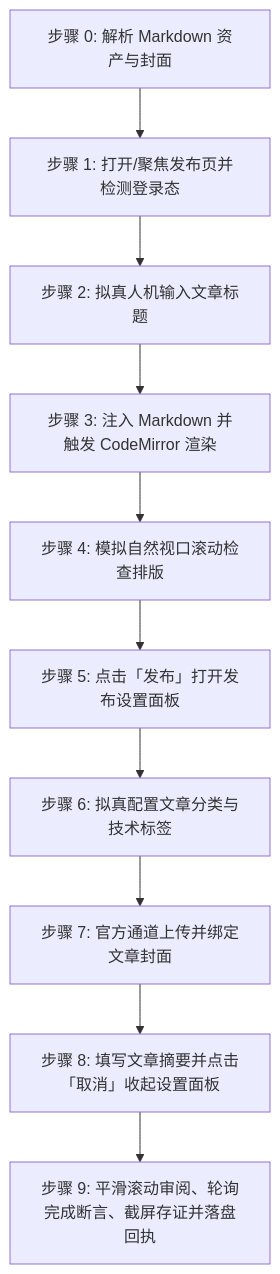
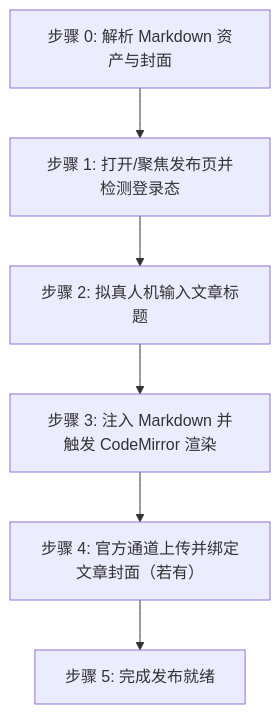
The diagram in skills/doudou-juejin/SKILL.md (undsky/doudou-publish-skills), drawn with Mermaid before and after one commit. The commit also changed other lines of this file and 57 other files, not shown here.

````diff
--- a/skills/doudou-juejin/SKILL.md
+++ b/skills/doudou-juejin/SKILL.md
@@ -130,12 +12,8 @@
 ```mermaid
 flowchart TD
     S0[步骤 0: 解析 Markdown 资产与封面] --> S1[步骤 1: 打开/聚焦发布页并检测登录态]
     S1 --> S2[步骤 2: 拟真人机输入文章标题]
     S2 --> S3[步骤 3: 注入 Markdown 并触发 CodeMirror 渲染]
-    S3 --> S4[步骤 4: 模拟自然视口滚动检查排版]
-    S4 --> S5[步骤 5: 点击「发布」打开发布设置面板]
-    S5 --> S6[步骤 6: 拟真配置文章分类与技术标签]
-    S6 --> S7[步骤 7: 官方通道上传并绑定文章封面]
-    S7 --> S8[步骤 8: 填写文章摘要并点击「取消」收起设置面板]
-    S8 --> S9[步骤 9: 平滑滚动审阅、轮询完成断言、截屏存证并落盘回执]
+    S3 --> S4[步骤 4: 官方通道上传并绑定文章封面（若有）]
+    S4 --> S5[步骤 5: 完成发布就绪]
 ```
````
